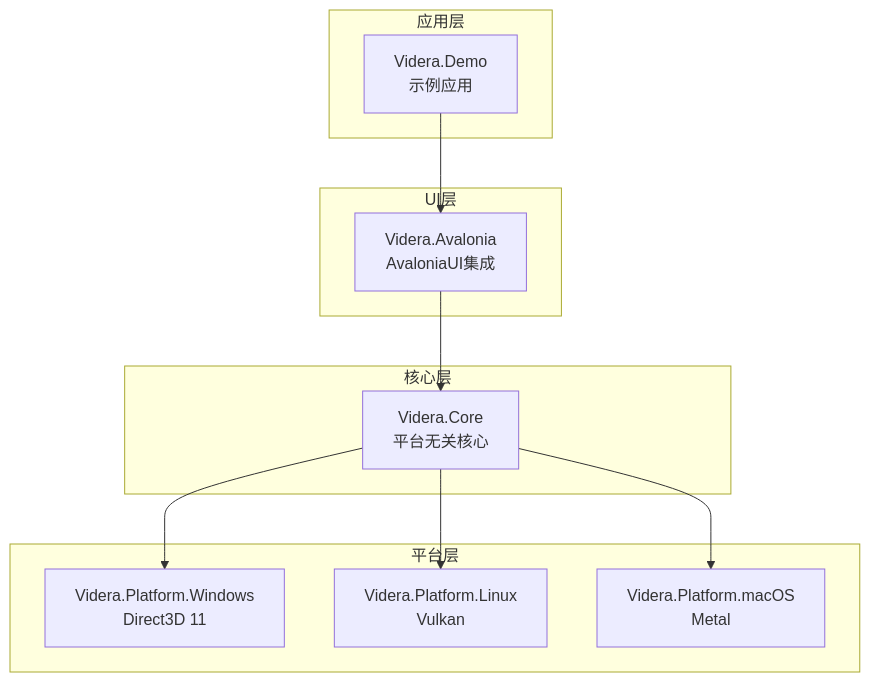
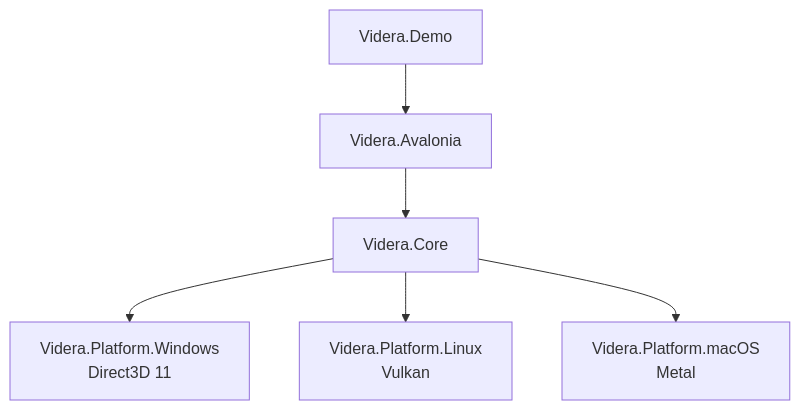
One commit to ExplodingUFO/Videra changed the diagram in README.md. Above: the diagram before and after it, drawn with Mermaid. The commit also changed other lines of this file and 15 other files, not shown here.

````diff
--- a/README.md
+++ b/README.md
@@ -9,26 +34,15 @@
 ```mermaid
 graph TB
-    subgraph "应用层"
-        Demo[Videra.Demo<br/>示例应用]
-    end
-
-    subgraph "UI层"
-        Avalonia[Videra.Avalonia<br/>AvaloniaUI集成]
-    end
-
-    subgraph "核心层"
-        Core[Videra.Core<br/>平台无关核心]
-    end
-
-    subgraph "平台层"
-        Windows[Videra.Platform.Windows<br/>Direct3D 11]
-        Linux[Videra.Platform.Linux<br/>Vulkan]
-        macOS[Videra.Platform.macOS<br/>Metal]
-    end
+    Demo[Videra.Demo]
+    Avalonia[Videra.Avalonia]
+    Core[Videra.Core]
+    Win[Videra.Platform.Windows<br/>Direct3D 11]
+    Linux[Videra.Platform.Linux<br/>Vulkan]
+    Mac[Videra.Platform.macOS<br/>Metal]
 
     Demo --> Avalonia
     Avalonia --> Core
-    Core --> Windows
+    Core --> Win
     Core --> Linux
-    Core --> macOS
+    Core --> Mac
 ```
````
